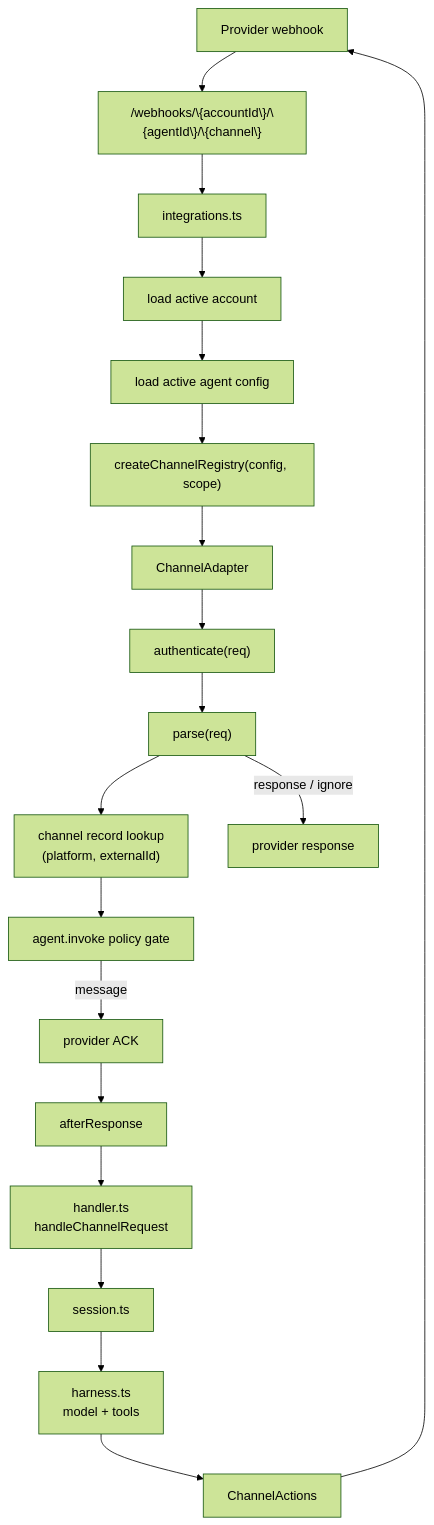
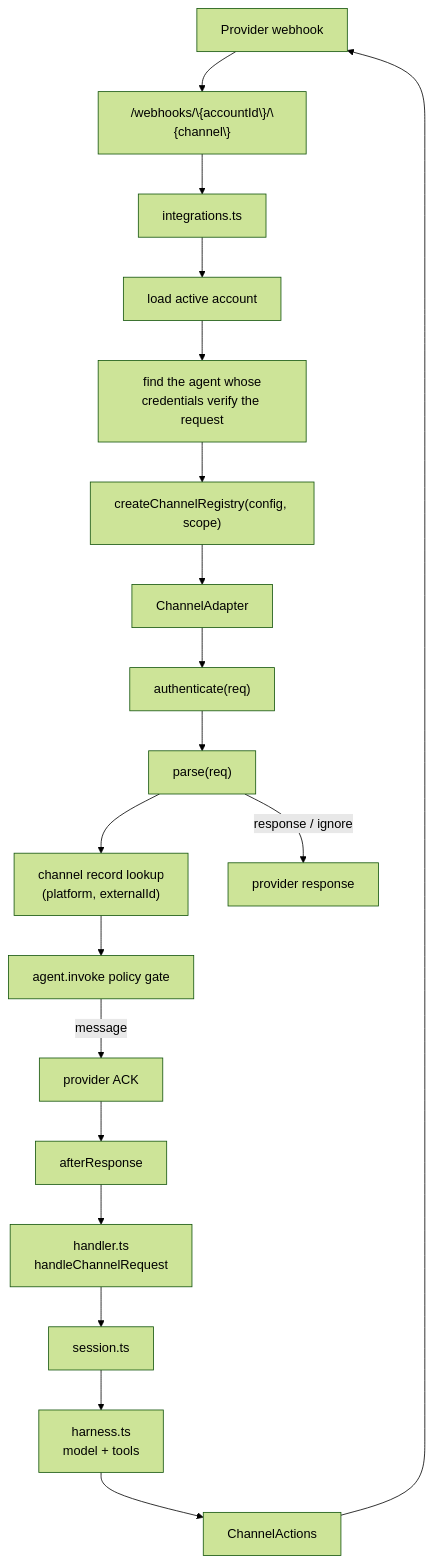
One commit to beeblastco/broods changed the first of 2 diagrams in apps/docs/docs/channels/index.md. Above: the diagram before and after it, drawn with Mermaid (forest theme). The commit also changed other lines of this file and 22 other files, not shown here.

````diff
--- a/apps/docs/docs/channels/index.md
+++ b/apps/docs/docs/channels/index.md
@@ -29,21 +30,21 @@
 ```mermaid
 flowchart TD
-  Provider["Provider webhook"] --> Url["/webhooks/\{accountId\}/\{agentId\}/\{channel\}"]
+  Provider["Provider webhook"] --> Url["/webhooks/\{accountId\}/\{channel\}"]
   Url --> Integrations["integrations.ts"]
   Integrations --> Account["load active account"]
-  Account --> Agent["load active agent config"]
+  Account --> Agent["find the agent whose<br/>credentials verify the request"]
   Agent --> Registry["createChannelRegistry(config, scope)"]
   Registry --> Adapter["ChannelAdapter"]
   Adapter --> Auth["authenticate(req)"]
   Auth --> Parse["parse(req)"]
   Parse --> Record["channel record lookup<br/>(platform, externalId)"]
   Record --> Gate["agent.invoke policy gate"]
   Parse -->|"response / ignore"| ProviderAck["provider response"]
   Gate -->|"message"| Ack["provider ACK"]
   Ack --> After["afterResponse"]
   After --> Handler["handler.ts<br/>handleChannelRequest"]
   Handler --> Session["session.ts"]
   Session --> Harness["harness.ts<br/>model + tools"]
   Harness --> Actions["ChannelActions"]
   Actions --> Provider
 ```
````
